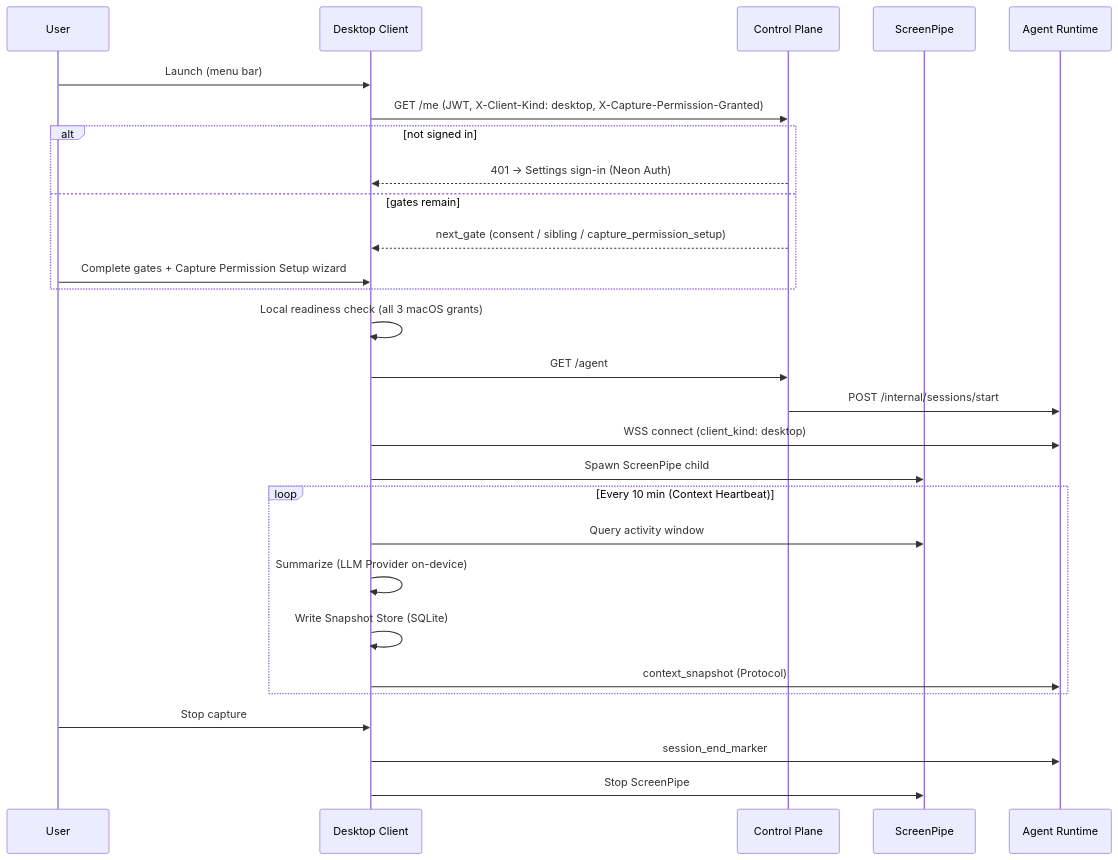
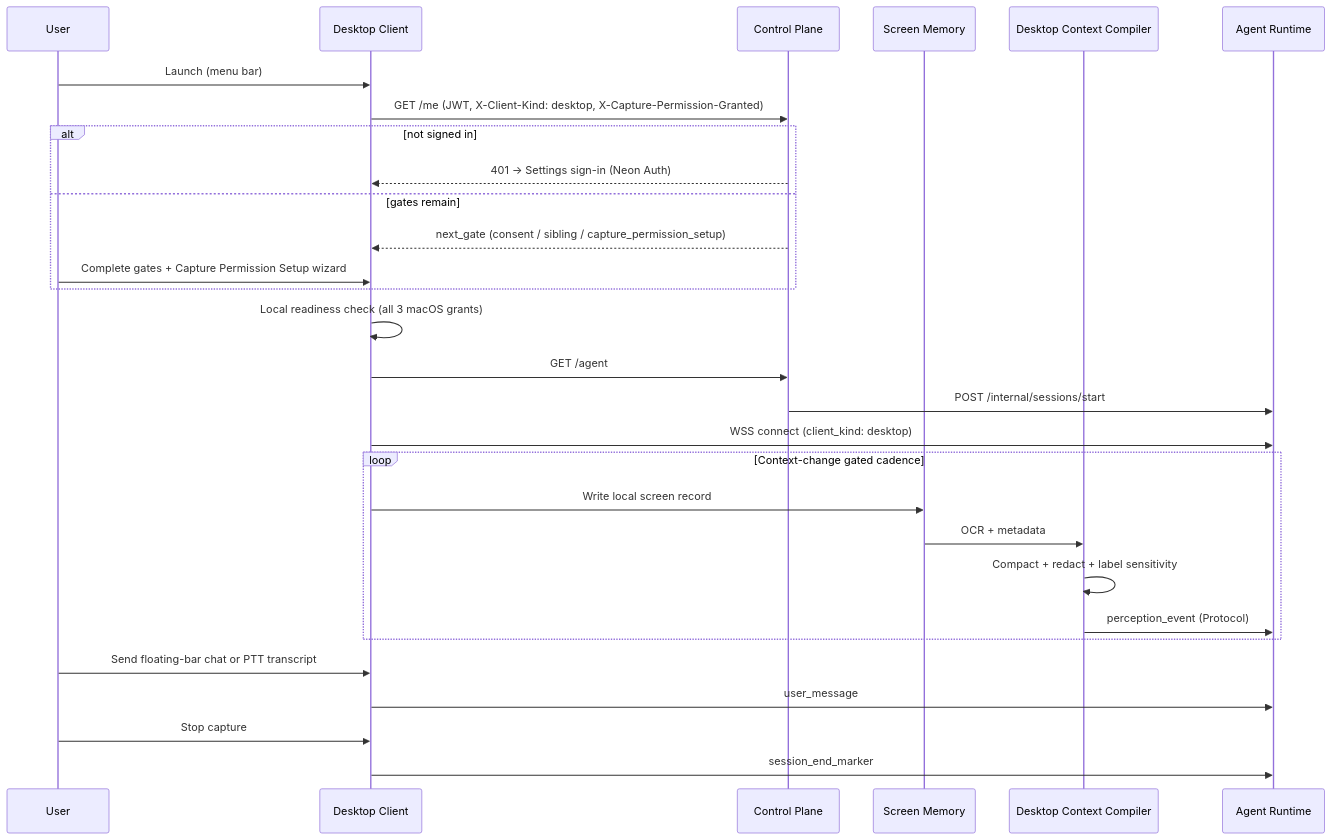
Before and after one commit to sruj75/Intentive: the second of 3 diagrams in docs/USER-JOURNEY.md, drawn with Mermaid. The commit also changed other lines of this file and 790 other files, not shown here.

````diff
--- a/docs/USER-JOURNEY.md
+++ b/docs/USER-JOURNEY.md
@@ -167,31 +167,32 @@
 ```mermaid
 sequenceDiagram
   participant U as User
   participant D as Desktop Client
   participant CP as Control Plane
-  participant SP as ScreenPipe
+  participant SM as Screen Memory
+  participant CC as Desktop Context Compiler
   participant RT as Agent Runtime
 
   U->>D: Launch (menu bar)
   D->>CP: GET /me (JWT, X-Client-Kind: desktop, X-Capture-Permission-Granted)
   alt not signed in
     CP-->>D: 401 → Settings sign-in (Neon Auth)
   else gates remain
     CP-->>D: next_gate (consent / sibling / capture_permission_setup)
     U->>D: Complete gates + Capture Permission Setup wizard
   end
   D->>D: Local readiness check (all 3 macOS grants)
   D->>CP: GET /agent
   CP->>RT: POST /internal/sessions/start
   D->>RT: WSS connect (client_kind: desktop)
-  D->>SP: Spawn ScreenPipe child
-  loop Every 10 min (Context Heartbeat)
-    D->>SP: Query activity window
-    D->>D: Summarize (LLM Provider on-device)
-    D->>D: Write Snapshot Store (SQLite)
-    D->>RT: context_snapshot (Protocol)
+  loop Context-change gated cadence
+    D->>SM: Write local screen record
+    SM->>CC: OCR + metadata
+    CC->>CC: Compact + redact + label sensitivity
+    CC->>RT: perception_event (Protocol)
   end
+  U->>D: Send floating-bar chat or PTT transcript
+  D->>RT: user_message
   U->>D: Stop capture
   D->>RT: session_end_marker
-  D->>SP: Stop ScreenPipe
 ```
````
